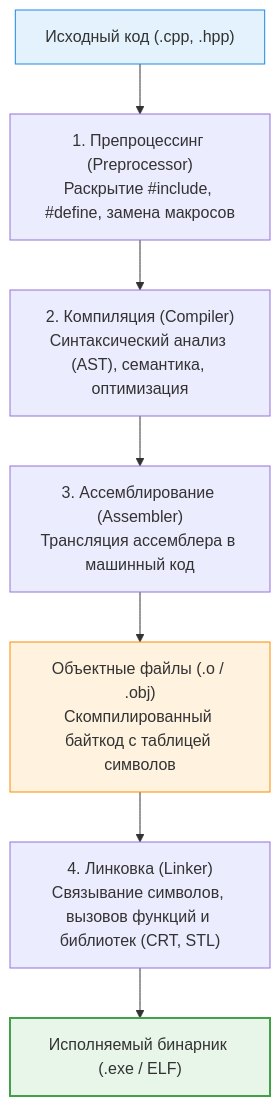
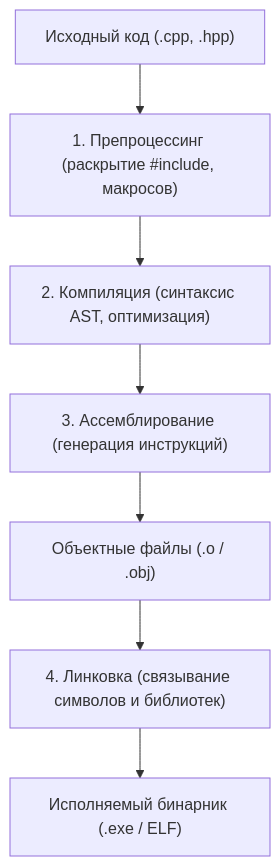
Before and after one commit to bprm60-del/ITMO_IS_lectory: the third of 4 diagrams in ОсновыПлюсов/Основы C++ вводная лекция.md, drawn with Mermaid. The commit also changed other lines of this file and 4 other files, not shown here.

````diff
--- a/ОсновыПлюсов/Основы C++ вводная лекция.md
+++ b/ОсновыПлюсов/Основы C++ вводная лекция.md
@@ -210,13 +214,9 @@
 ```mermaid
-flowchart TD
-    Src["Исходный код (.cpp, .hpp)"] --> Prep["1. Препроцессинг (Preprocessor)<br/>Раскрытие #include, #define, замена макросов"]
-    Prep --> Comp["2. Компиляция (Compiler)<br/>Синтаксический анализ (AST), семантика, оптимизация"]
-    Comp --> Asm["3. Ассемблирование (Assembler)<br/>Трансляция ассемблера в машинный код"]
-    Asm --> Obj["Объектные файлы (.o / .obj)<br/>Скомпилированный байткод с таблицей символов"]
-    Obj --> Link["4. Линковка (Linker)<br/>Связывание символов, вызовов функций и библиотек (CRT, STL)"]
+graph TD
+    Src["Исходный код (.cpp, .hpp)"] --> Prep["1. Препроцессинг (раскрытие #include, макросов)"]
+    Prep --> Comp["2. Компиляция (синтаксис AST, оптимизация)"]
+    Comp --> Asm["3. Ассемблирование (генерация инструкций)"]
+    Asm --> Obj["Объектные файлы (.o / .obj)"]
+    Obj --> Link["4. Линковка (связывание символов и библиотек)"]
     Link --> Bin["Исполняемый бинарник (.exe / ELF)"]
-
-    style Src fill:#e3f2fd,stroke:#1e88e5
-    style Obj fill:#fff3e0,stroke:#fb8c00
-    style Bin fill:#e8f5e9,stroke:#43a047,stroke-width:2px
 ```
````
